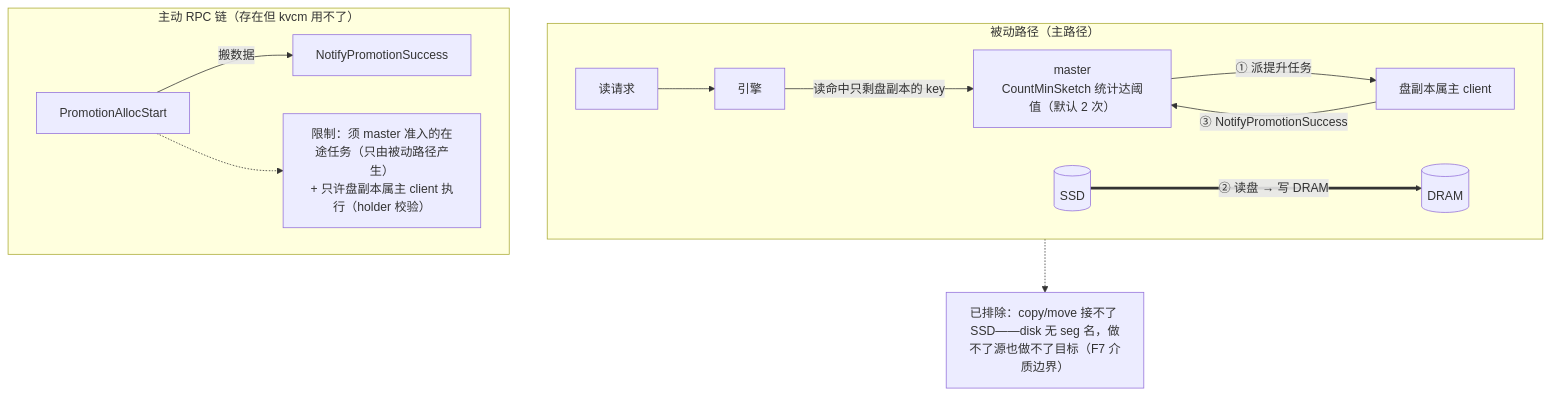
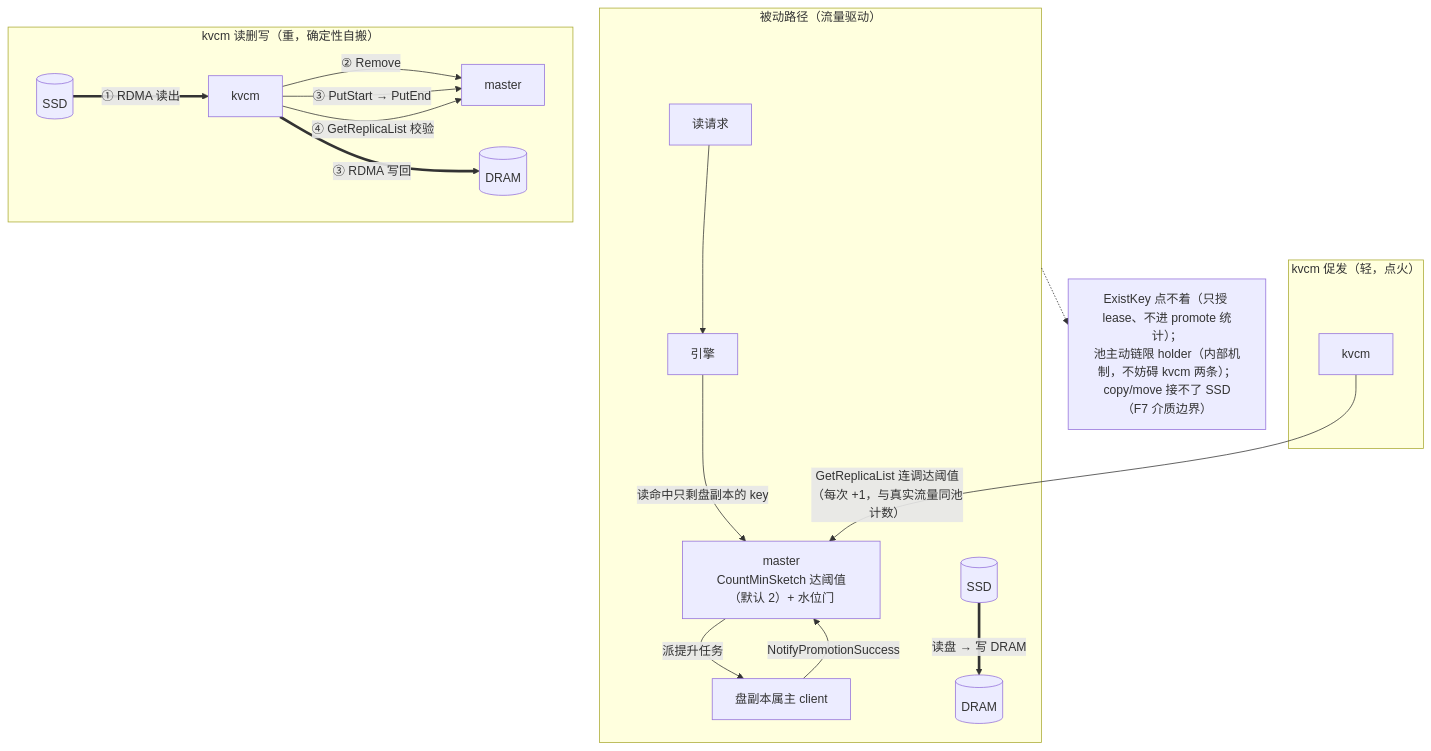
One commit to 5x8-40/lake changed the seventh of 10 diagrams in kvcm/D2-kv-operations.md. Above: the diagram before and after it, drawn with Mermaid. The commit also changed other lines of this file and 1 other file, not shown here.

Commit message:
docs(kvcm): PR 全审收尾——图⑥ promote 重画三路径，backlog 三处同步遗漏补齐
- 图⑥ promote 重画：旧图停在「主动链 kvcm 用不了」与 §3 矛盾；
  新图三路径并列（被动流量驱动 / kvcm 促发点火 / kvcm 读删写自搬），
  ExistKey 点不着 + 池链限 holder 降为注释
- §1 对照表 promote 行同步：kvcm 另有促发/读删写两条主动（§3）
- backlog pin 节：旧「soft 需求三候选 + 读锁」框架 → soft pin 档 /
  hard pin 档两候选 + 取消方式 + 读锁证伪条
- backlog retain 行：CreateDrainJob 版本标注 (main) → 两版本同有
- backlog demote/promote 行：「主动 promote 无入口」旧结论 →
  促发/读删写两条主动路径；缺口按功能分级（真缺口=写回确定性
  demote；远期=自拟盘+AddReplica）

````diff
--- a/kvcm/D2-kv-operations.md
+++ b/kvcm/D2-kv-operations.md
@@ -438,17 +438,22 @@
 ```mermaid
 flowchart TB
-    subgraph PAS["被动路径（主路径）"]
+    subgraph PAS["被动路径（流量驱动）"]
         REQ["读请求"] --> E["引擎"]
-        E -->|"读命中只剩盘副本的 key"| M1["master<br/>CountMinSketch 统计达阈值（默认 2 次）"]
-        M1 -->|"① 派提升任务"| H["盘副本属主 client"]
-        S1[("SSD")] ==>|"② 读盘 → 写 DRAM"| D1[("DRAM")]
-        H -->|"③ NotifyPromotionSuccess"| M1
+        E -->|"读命中只剩盘副本的 key"| M1["master<br/>CountMinSketch 达阈值（默认 2）+ 水位门"]
+        M1 -->|"派提升任务"| H["盘副本属主 client"]
+        S1[("SSD")] ==>|"读盘 → 写 DRAM"| D1[("DRAM")]
+        H -->|"NotifyPromotionSuccess"| M1
     end
-    subgraph ACT["主动 RPC 链（存在但 kvcm 用不了）"]
-        A2["PromotionAllocStart"] -->|"搬数据"| C2["NotifyPromotionSuccess"]
-        L2["限制：须 master 准入的在途任务（只由被动路径产生）<br/>+ 只许盘副本属主 client 执行（holder 校验）"]
-        A2 -.-> L2
+    subgraph TRIG["kvcm 促发（轻，点火）"]
+        K2["kvcm"] -->|"GetReplicaList 连调达阈值<br/>（每次 +1，与真实流量同池计数）"| M1
     end
-    N["已排除：copy/move 接不了 SSD——disk 无 seg 名，做不了源也做不了目标（F7 介质边界）"]
+    subgraph RWR["kvcm 读删写（重，确定性自搬）"]
+        S2[("SSD")] ==>|"① RDMA 读出"| K3["kvcm"]
+        K3 -->|"② Remove"| M2["master"]
+        K3 -->|"③ PutStart → PutEnd"| M2
+        K3 ==>|"③ RDMA 写回"| D2[("DRAM")]
+        K3 -->|"④ GetReplicaList 校验"| M2
+    end
+    N["ExistKey 点不着（只授 lease、不进 promote 统计）；<br/>池主动链限 holder（内部机制，不妨碍 kvcm 两条）；<br/>copy/move 接不了 SSD（F7 介质边界）"]
     PAS -.-> N
 ```
````
